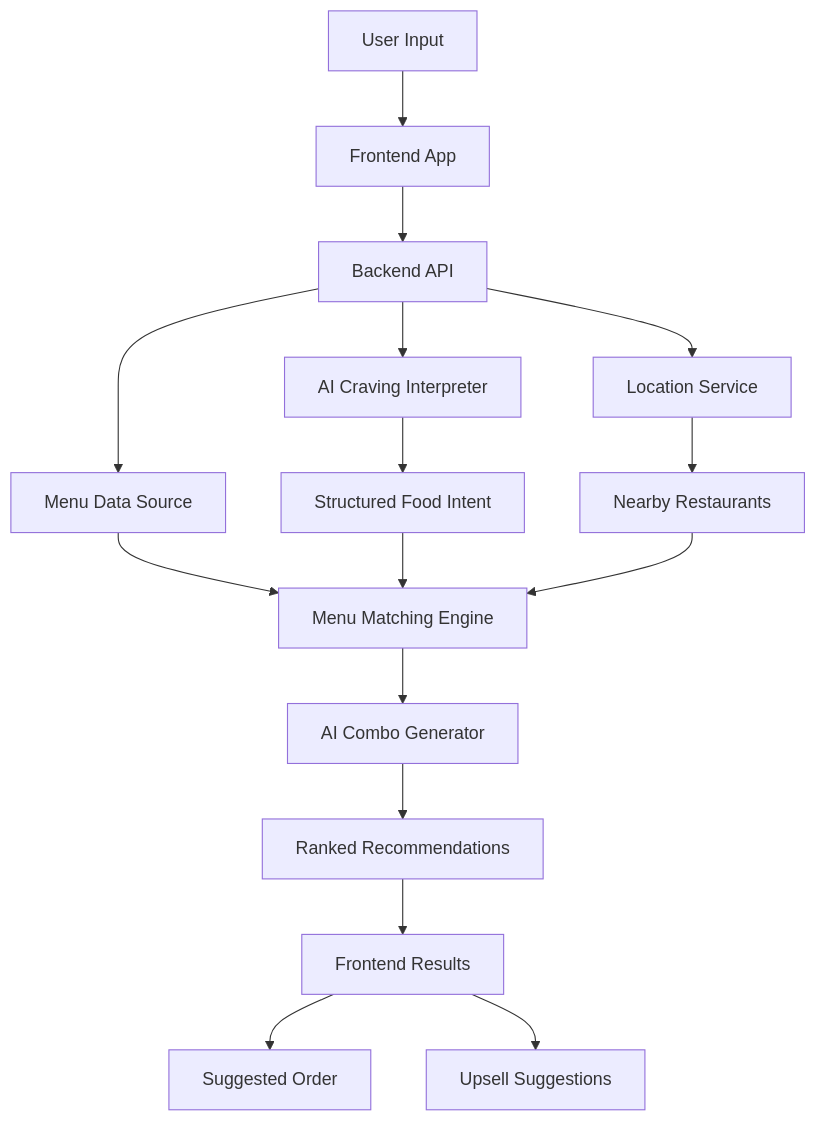
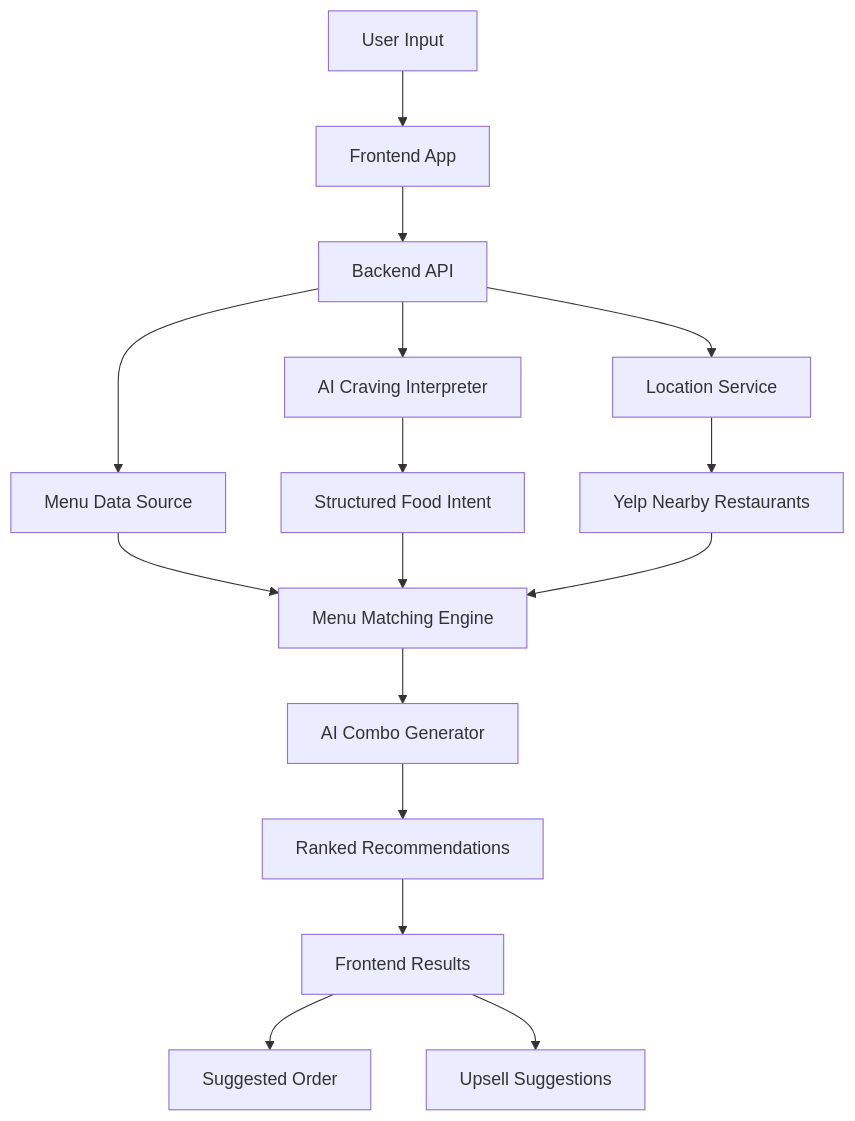
One commit to Josue-Crz/CouchMunch changed the diagram in README.md. Above: the diagram before and after it, drawn with Mermaid. The commit also changed other lines of this file and 14 other files, not shown here.

````diff
--- a/README.md
+++ b/README.md
@@ -53,26 +62,26 @@
 ```mermaid
 flowchart TD
     A[User Input] --> B[Frontend App]
 
     B --> C[Backend API]
 
     C --> D[AI Craving Interpreter]
     D --> E[Structured Food Intent]
 
     C --> F[Location Service]
-    F --> G[Nearby Restaurants]
+    F --> G[Yelp Nearby Restaurants]
 
     C --> H[Menu Data Source]
     H --> I[Menu Matching Engine]
 
     E --> I
     G --> I
 
     I --> J[AI Combo Generator]
     J --> K[Ranked Recommendations]
 
     K --> L[Frontend Results]
 
     L --> M[Suggested Order]
     L --> N[Upsell Suggestions]
 ```
````
